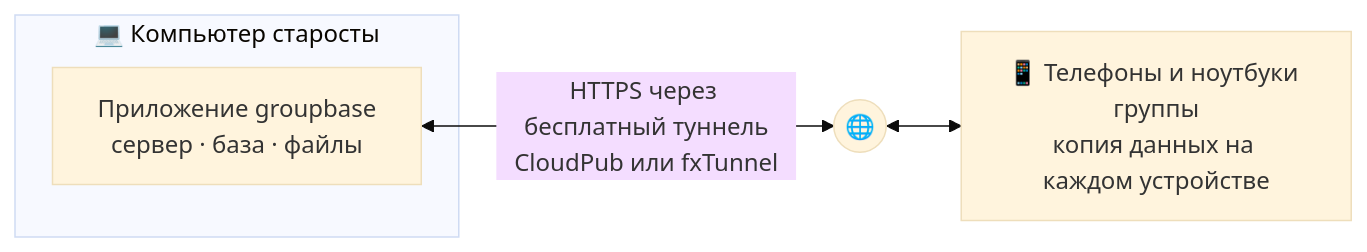
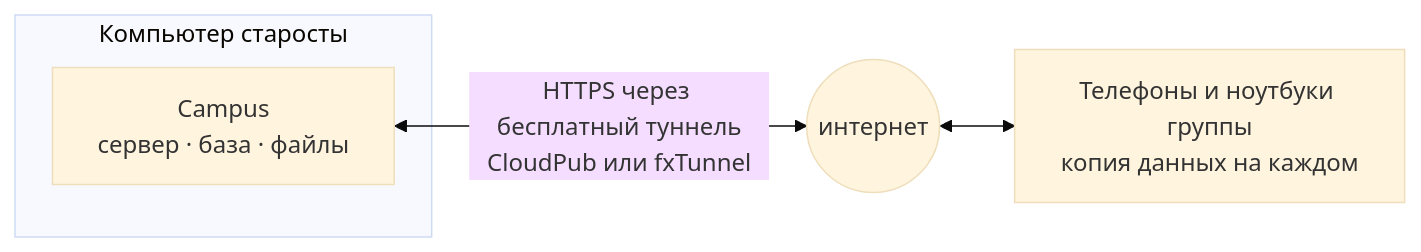
Before and after one commit to mitaro-cs/StorageSystem: the first of 2 diagrams in README.md, drawn with Mermaid (base theme). The commit also changed other lines of this file and 348 other files, not shown here.

````diff
--- a/README.md
+++ b/README.md
@@ -79,8 +73,8 @@
 ```mermaid
 flowchart LR
-  subgraph HOST["💻 Компьютер старосты"]
-    APP["Приложение groupbase<br/>сервер · база · файлы"]
+  subgraph HOST["Компьютер старосты"]
+    APP["Campus<br/>сервер · база · файлы"]
   end
-  APP <-->|"HTTPS через бесплатный туннель<br/>CloudPub или fxTunnel"| NET(("🌐"))
-  NET <--> PH["📱 Телефоны и ноутбуки группы<br/>копия данных на каждом устройстве"]
+  APP <-->|"HTTPS через бесплатный туннель<br/>CloudPub или fxTunnel"| NET(("интернет"))
+  NET <--> PH["Телефоны и ноутбуки группы<br/>копия данных на каждом"]
 ```
````
